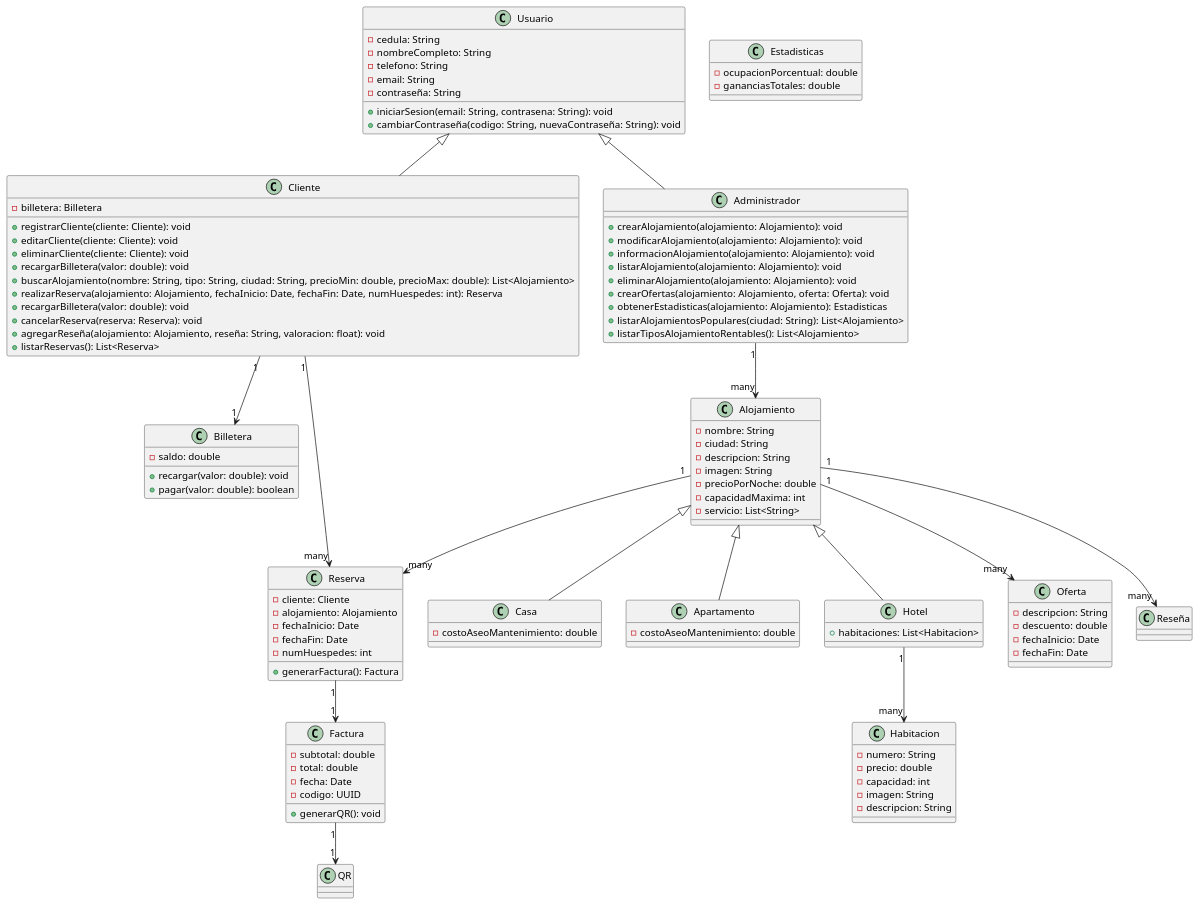
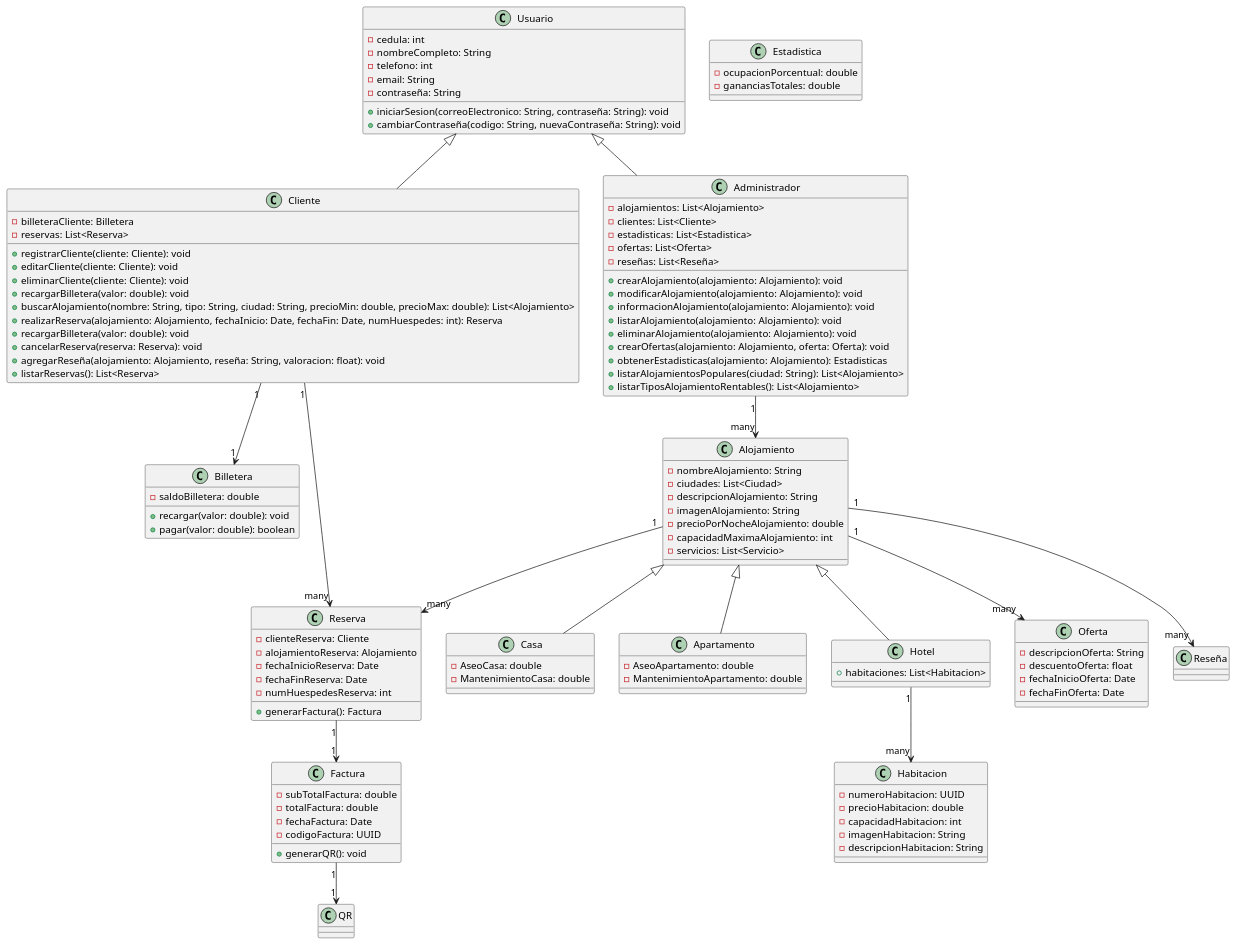
One commit to RedRos41/Programacion_2 changed the diagram in src/main/resources/img/DiagramaDeClases.puml. Above: the diagram before and after it, drawn with PlantUML. The commit also changed 11 other files, not shown here.

Commit message:
Se corrige los modelos y el DiagramaDeClases.puml

```diff
--- a/src/main/resources/img/DiagramaDeClases.puml
+++ b/src/main/resources/img/DiagramaDeClases.puml
@@ -1,116 +1,124 @@
 @startuml
 'https://plantuml.com/sequence-diagram
 
 class Usuario {
-    - cedula: String
+    - cedula: int
     - nombreCompleto: String
-    - telefono: String
+    - telefono: int
     - email: String
     - contraseña: String
-    + iniciarSesion(email: String, contrasena: String): void
+    + iniciarSesion(correoElectronico: String, contraseña: String): void
     + cambiarContraseña(codigo: String, nuevaContraseña: String): void
 }
 
 class Cliente extends Usuario {
-    - billetera: Billetera
+    - billeteraCliente: Billetera
+    - reservas: List<Reserva>
     + registrarCliente(cliente: Cliente): void
     + editarCliente(cliente: Cliente): void
     + eliminarCliente(cliente: Cliente): void
     + recargarBilletera(valor: double): void
     + buscarAlojamiento(nombre: String, tipo: String, ciudad: String, precioMin: double, precioMax: double): List<Alojamiento>
     + realizarReserva(alojamiento: Alojamiento, fechaInicio: Date, fechaFin: Date, numHuespedes: int): Reserva
     + recargarBilletera(valor: double): void
     + cancelarReserva(reserva: Reserva): void
     + agregarReseña(alojamiento: Alojamiento, reseña: String, valoracion: float): void
     + listarReservas(): List<Reserva>
 }
 
 class Administrador extends Usuario {
+    - alojamientos: List<Alojamiento>
+    - clientes: List<Cliente>
+    - estadisticas: List<Estadistica>
+    - ofertas: List<Oferta>
+    - reseñas: List<Reseña>
     + crearAlojamiento(alojamiento: Alojamiento): void
     + modificarAlojamiento(alojamiento: Alojamiento): void
     + informacionAlojamiento(alojamiento: Alojamiento): void
     + listarAlojamiento(alojamiento: Alojamiento): void
     + eliminarAlojamiento(alojamiento: Alojamiento): void
     + crearOfertas(alojamiento: Alojamiento, oferta: Oferta): void
     + obtenerEstadisticas(alojamiento: Alojamiento): Estadisticas
     + listarAlojamientosPopulares(ciudad: String): List<Alojamiento>
     + listarTiposAlojamientoRentables(): List<Alojamiento>
 
 }
 
 class Alojamiento {
-    - nombre: String
-    - ciudad: String
-    - descripcion: String
-    - imagen: String
-    - precioPorNoche: double
-    - capacidadMaxima: int
-    - servicio: List<String>
+    - nombreAlojamiento: String
+    - ciudades: List<Ciudad>
+    - descripcionAlojamiento: String
+    - imagenAlojamiento: String
+    - precioPorNocheAlojamiento: double
+    - capacidadMaximaAlojamiento: int
+    - servicios: List<Servicio>
 }
 
 class Casa extends Alojamiento {
-    - costoAseoMantenimiento: double
+    - AseoCasa: double
+    - MantenimientoCasa: double
 }
 
 class Apartamento extends Alojamiento {
-    - costoAseoMantenimiento: double
+    - AseoApartamento: double
+    - MantenimientoApartamento: double
 }
 
 class Hotel extends Alojamiento {
     + habitaciones: List<Habitacion>
 }
 
 class Habitacion {
-    - numero: String
-    - precio: double
-    - capacidad: int
-    - imagen: String
-    - descripcion: String
+    - numeroHabitacion: UUID
+    - precioHabitacion: double
+    - capacidadHabitacion: int
+    - imagenHabitacion: String
+    - descripcionHabitacion: String
 }
 
 class Billetera {
-    - saldo: double
+    - saldoBilletera: double
     + recargar(valor: double): void
     + pagar(valor: double): boolean
 }
 
 class Reserva {
-    - cliente: Cliente
-    - alojamiento: Alojamiento
-    - fechaInicio: Date
-    - fechaFin: Date
-    - numHuespedes: int
+    - clienteReserva: Cliente
+    - alojamientoReserva: Alojamiento
+    - fechaInicioReserva: Date
+    - fechaFinReserva: Date
+    - numHuespedesReserva: int
     + generarFactura(): Factura
 }
 
 class Factura {
-    - subtotal: double
-    - total: double
-    - fecha: Date
-    - codigo: UUID
+    - subTotalFactura: double
+    - totalFactura: double
+    - fechaFactura: Date
+    - codigoFactura: UUID
     + generarQR(): void
 }
 
 class Oferta {
-    - descripcion: String
-    - descuento: double
-    - fechaInicio: Date
-    - fechaFin: Date
+    - descripcionOferta: String
+    - descuentoOferta: float
+    - fechaInicioOferta: Date
+    - fechaFinOferta: Date
 }
 
-class Estadisticas {
+class Estadistica {
     - ocupacionPorcentual: double
     - gananciasTotales: double
 }
 
 Cliente "1" --> "1" Billetera
 Administrador "1" --> "many" Alojamiento
 Cliente "1" --> "many" Reserva
 Alojamiento "1" --> "many" Oferta
 Alojamiento "1" --> "many" Reseña
 Alojamiento "1" --> "many" Reserva
 Reserva "1" --> "1" Factura
 Factura "1" --> "1" QR
 Hotel "1" --> "many" Habitacion
 
 @enduml
```
